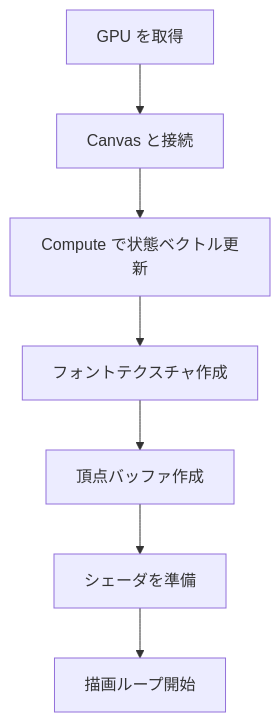
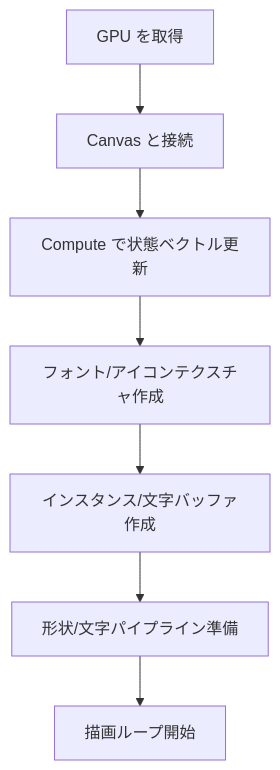
Before and after one commit to qniapp/qni-webgpu: the second of 4 diagrams in docs/architecture.md, drawn with Mermaid. The commit also changed other lines of this file and 27 other files, not shown here.

````diff
--- a/docs/architecture.md
+++ b/docs/architecture.md
@@ -44,9 +44,9 @@
 ```mermaid
 flowchart TB
   A[GPU を取得] --> B[Canvas と接続]
   B --> C[Compute で状態ベクトル更新]
-  C --> D[フォントテクスチャ作成]
-  D --> E[頂点バッファ作成]
-  E --> F[シェーダを準備]
+  C --> D[フォント/アイコンテクスチャ作成]
+  D --> E[インスタンス/文字バッファ作成]
+  E --> F[形状/文字パイプライン準備]
   F --> G[描画ループ開始]
 ```
````
